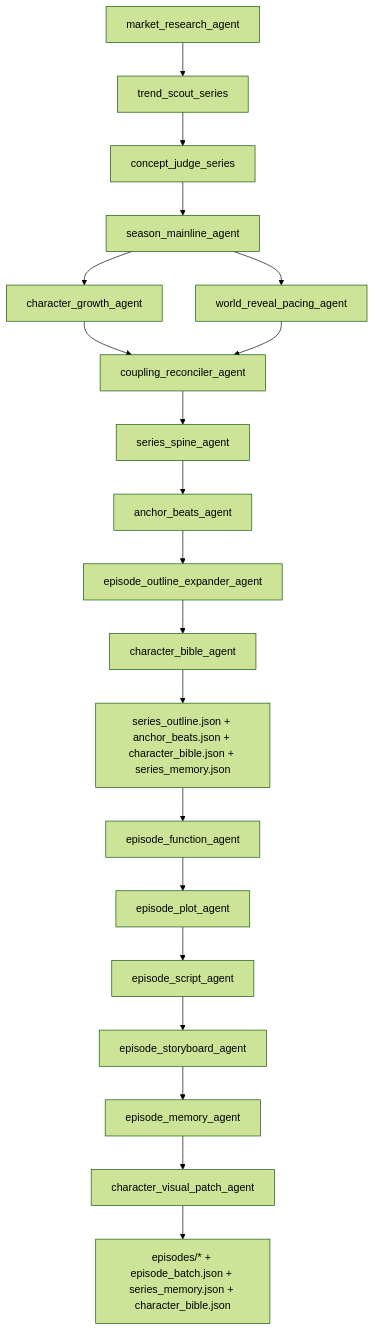
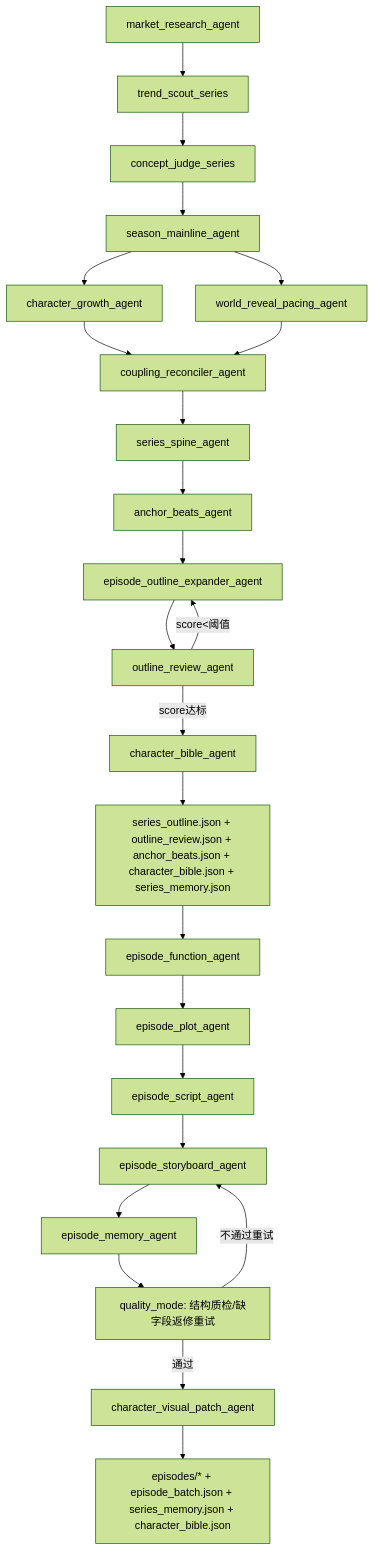
The diagram in README.md (WeiXia-0000/ai-shortdrama-agent), drawn with Mermaid (forest theme) before and after one commit. The commit also changed other lines of this file and 2 other files, not shown here.

First line of the commit message:
Add outline review loop and quality-mode QC retries in run_series.

````diff
--- a/README.md
+++ b/README.md
@@ -109,22 +141,26 @@
 ```mermaid
 flowchart TD
     A[market_research_agent] --> B[trend_scout_series]
     B --> C[concept_judge_series]
     C --> D[season_mainline_agent]
     D --> E[character_growth_agent]
     D --> F[world_reveal_pacing_agent]
     E --> G[coupling_reconciler_agent]
     F --> G
     G --> H[series_spine_agent]
     H --> I[anchor_beats_agent]
     I --> J[episode_outline_expander_agent]
-    J --> K[character_bible_agent]
-    K --> L[series_outline.json + anchor_beats.json + character_bible.json + series_memory.json]
+    J --> JR[outline_review_agent]
+    JR -->|score<阈值| J
+    JR -->|score达标| K[character_bible_agent]
+    K --> L[series_outline.json + outline_review.json + anchor_beats.json + character_bible.json + series_memory.json]
     L --> M[episode_function_agent]
     M --> P[episode_plot_agent]
     P --> Q[episode_script_agent]
     Q --> R[episode_storyboard_agent]
     R --> S[episode_memory_agent]
-    S --> T[character_visual_patch_agent]
+    S --> SQ[quality_mode: 结构质检/缺字段返修重试]
+    SQ -->|通过| T[character_visual_patch_agent]
+    SQ -->|不通过重试| R
     T --> N[episodes/* + episode_batch.json + series_memory.json + character_bible.json]
 ```
````
